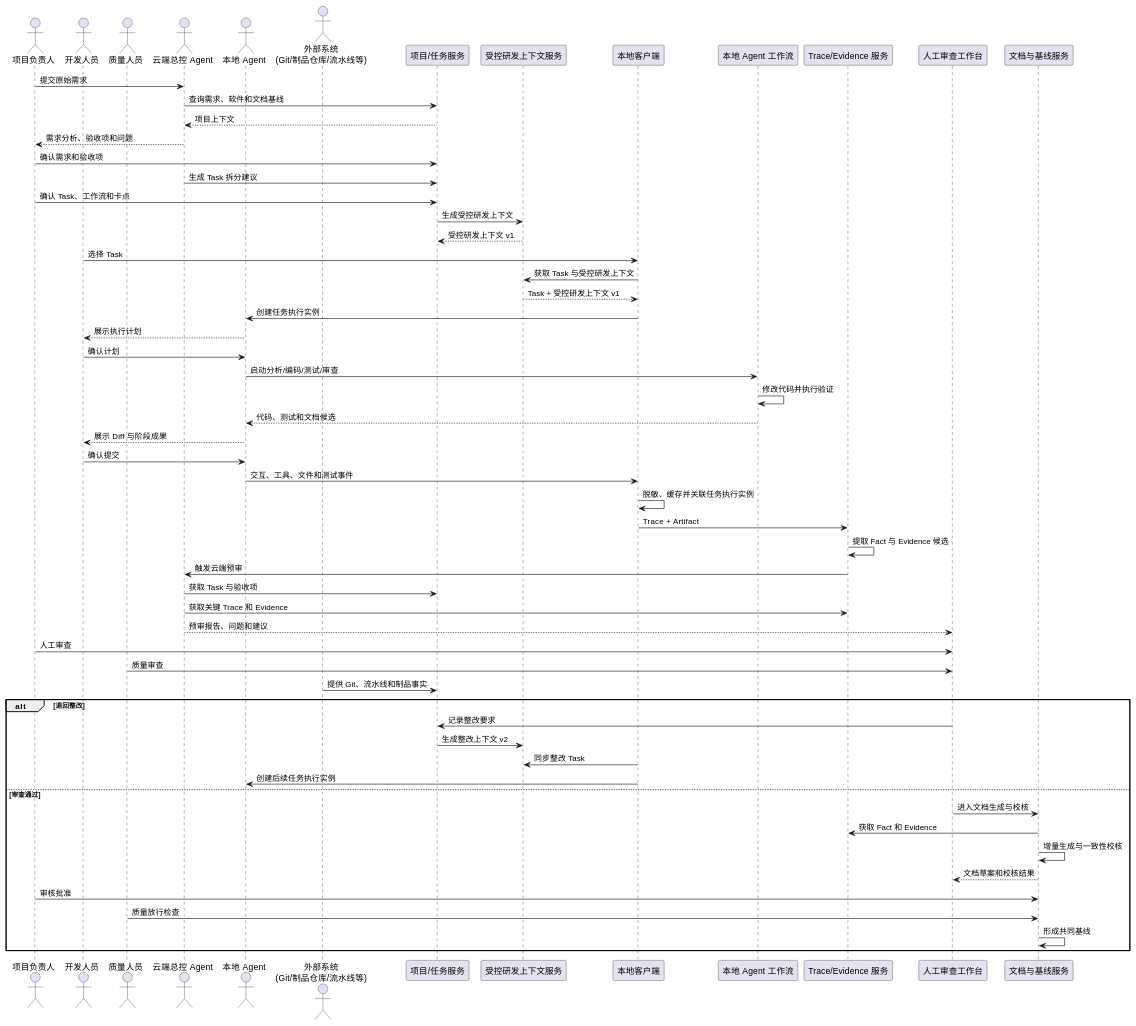
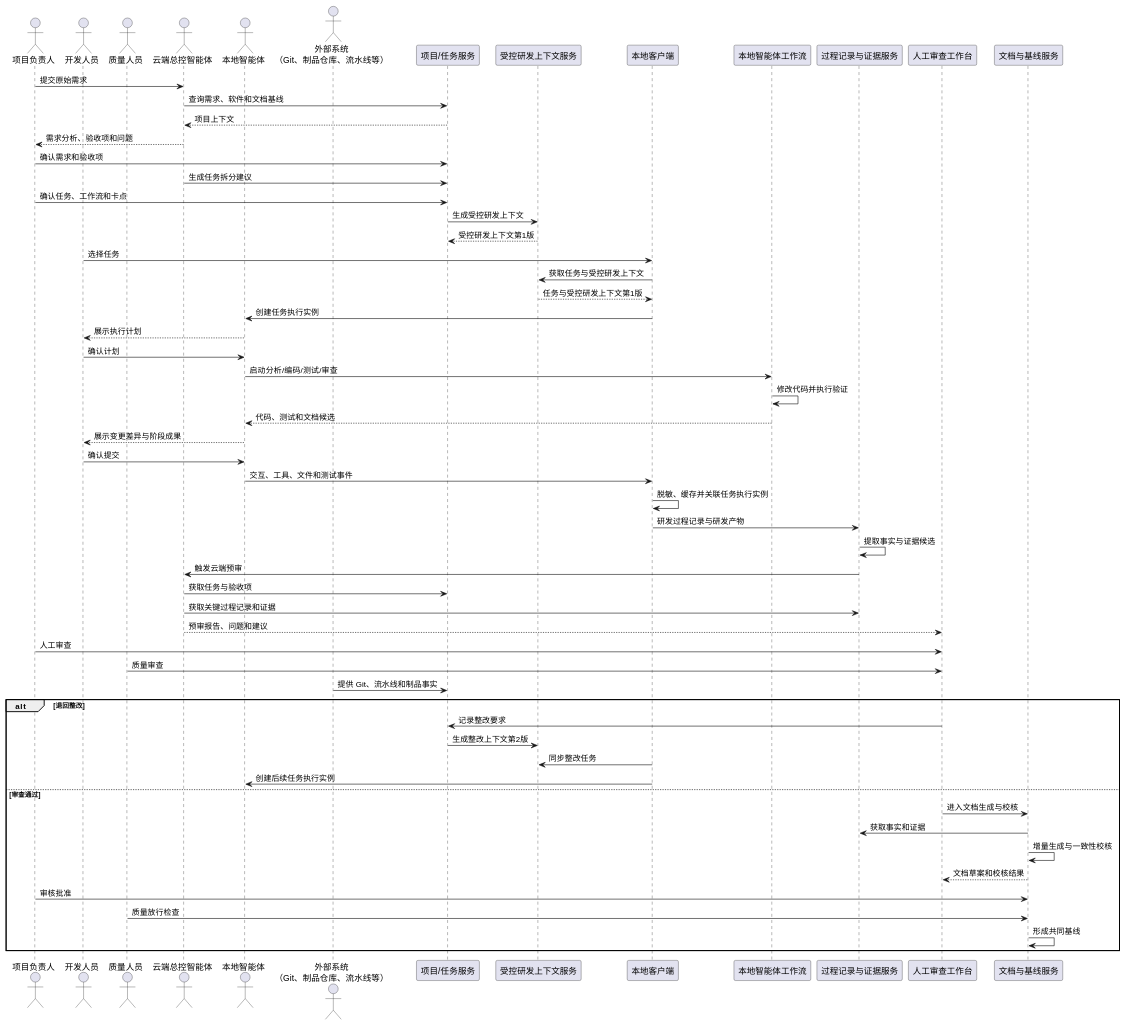
One commit to edwinyao121/ai-rjgc changed the third of 7 diagrams in 云端治理与本地智能研发协同平台_UseCase与UML.md. Above: the diagram before and after it, drawn with PlantUML. The commit also changed other lines of this file, not shown here.

````diff
--- a/云端治理与本地智能研发协同平台_UseCase与UML.md
+++ b/云端治理与本地智能研发协同平台_UseCase与UML.md
@@ -384,69 +384,69 @@
 ```plantuml
 @startuml
 actor 项目负责人 as PM
 actor 开发人员 as Dev
 actor 质量人员 as QA
-actor "云端总控 Agent" as CloudAgent
-actor "本地 Agent" as LocalAgent
-actor "外部系统\n(Git/制品仓库/流水线等)" as External
+actor "云端总控智能体" as CloudAgent
+actor "本地智能体" as LocalAgent
+actor "外部系统\n（Git、制品仓库、流水线等）" as External
 participant "项目/任务服务" as ProjectService
 participant "受控研发上下文服务" as ContextService
 participant "本地客户端" as Client
-participant "本地 Agent 工作流" as Workflow
-participant "Trace/Evidence 服务" as TraceService
+participant "本地智能体工作流" as Workflow
+participant "过程记录与证据服务" as TraceService
 participant "人工审查工作台" as ReviewUI
 participant "文档与基线服务" as DocService
 
 PM -> CloudAgent : 提交原始需求
 CloudAgent -> ProjectService : 查询需求、软件和文档基线
 ProjectService --> CloudAgent : 项目上下文
 CloudAgent --> PM : 需求分析、验收项和问题
 PM -> ProjectService : 确认需求和验收项
 
-CloudAgent -> ProjectService : 生成 Task 拆分建议
-PM -> ProjectService : 确认 Task、工作流和卡点
+CloudAgent -> ProjectService : 生成任务拆分建议
+PM -> ProjectService : 确认任务、工作流和卡点
 ProjectService -> ContextService : 生成受控研发上下文
-ContextService --> ProjectService : 受控研发上下文 v1
+ContextService --> ProjectService : 受控研发上下文第1版
 
-Dev -> Client : 选择 Task
-Client -> ContextService : 获取 Task 与受控研发上下文
-ContextService --> Client : Task + 受控研发上下文 v1
+Dev -> Client : 选择任务
+Client -> ContextService : 获取任务与受控研发上下文
+ContextService --> Client : 任务与受控研发上下文第1版
 Client -> LocalAgent : 创建任务执行实例
 LocalAgent --> Dev : 展示执行计划
 Dev -> LocalAgent : 确认计划
 
 LocalAgent -> Workflow : 启动分析/编码/测试/审查
 Workflow -> Workflow : 修改代码并执行验证
 Workflow --> LocalAgent : 代码、测试和文档候选
-LocalAgent --> Dev : 展示 Diff 与阶段成果
+LocalAgent --> Dev : 展示变更差异与阶段成果
 Dev -> LocalAgent : 确认提交
 
 LocalAgent -> Client : 交互、工具、文件和测试事件
 Client -> Client : 脱敏、缓存并关联任务执行实例
-Client -> TraceService : Trace + Artifact
-TraceService -> TraceService : 提取 Fact 与 Evidence 候选
+Client -> TraceService : 研发过程记录与研发产物
+TraceService -> TraceService : 提取事实与证据候选
 
 TraceService -> CloudAgent : 触发云端预审
-CloudAgent -> ProjectService : 获取 Task 与验收项
-CloudAgent -> TraceService : 获取关键 Trace 和 Evidence
+CloudAgent -> ProjectService : 获取任务与验收项
+CloudAgent -> TraceService : 获取关键过程记录和证据
 CloudAgent --> ReviewUI : 预审报告、问题和建议
 PM -> ReviewUI : 人工审查
 QA -> ReviewUI : 质量审查
 External -> ProjectService : 提供 Git、流水线和制品事实
 
 alt 退回整改
   ReviewUI -> ProjectService : 记录整改要求
-  ProjectService -> ContextService : 生成整改上下文 v2
-  Client -> ContextService : 同步整改 Task
+  ProjectService -> ContextService : 生成整改上下文第2版
+  Client -> ContextService : 同步整改任务
   Client -> LocalAgent : 创建后续任务执行实例
 else 审查通过
   ReviewUI -> DocService : 进入文档生成与校核
-  DocService -> TraceService : 获取 Fact 和 Evidence
+  DocService -> TraceService : 获取事实和证据
   DocService -> DocService : 增量生成与一致性校核
   DocService --> ReviewUI : 文档草案和校核结果
   PM -> DocService : 审核批准
   QA -> DocService : 质量放行检查
   DocService -> DocService : 形成共同基线
 end
 @enduml
 ```
````
